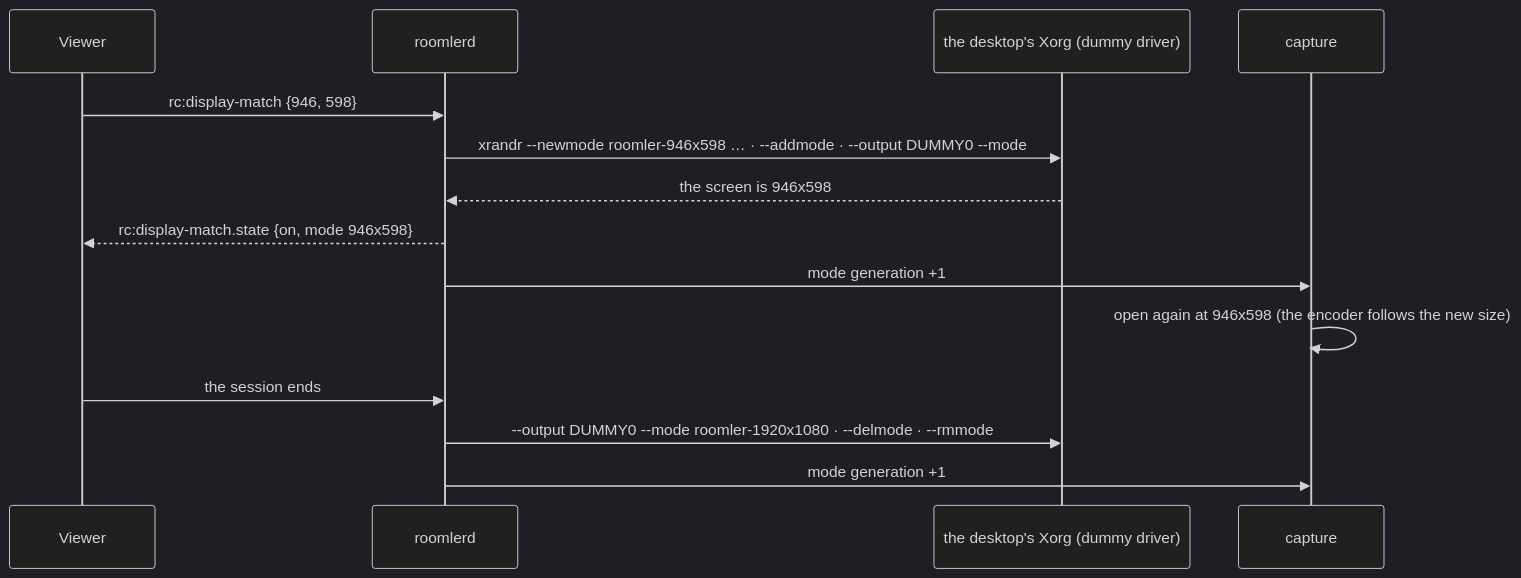
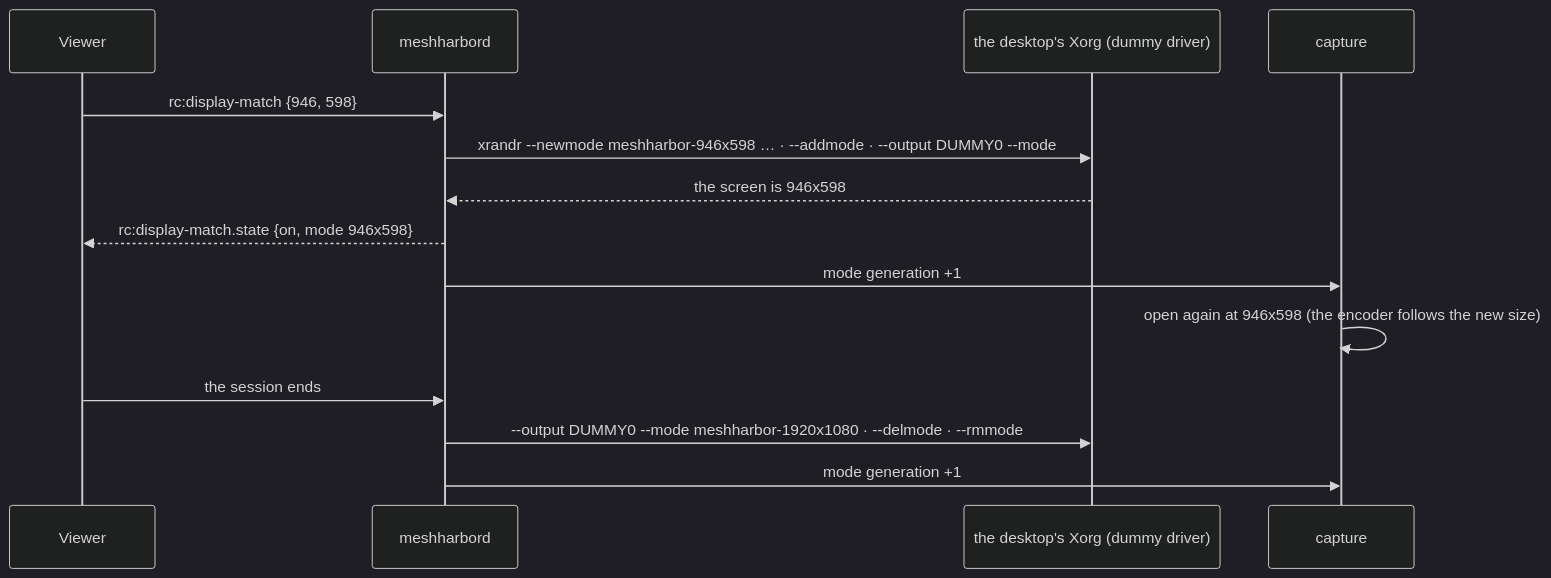
Before and after one commit to jk-zhang-meta/MeshHarbor: the second of 3 diagrams in docs/display-match.md, drawn with Mermaid (dark theme). The commit also changed other lines of this file and 682 other files, not shown here.

````diff
--- a/docs/display-match.md
+++ b/docs/display-match.md
@@ -184,16 +184,16 @@
 ```mermaid
 sequenceDiagram
     participant V as Viewer
-    participant A as roomlerd
+    participant A as meshharbord
     participant X as the desktop's Xorg (dummy driver)
     participant C as capture
     V->>A: rc:display-match {946, 598}
-    A->>X: xrandr --newmode roomler-946x598 … · --addmode · --output DUMMY0 --mode
+    A->>X: xrandr --newmode meshharbor-946x598 … · --addmode · --output DUMMY0 --mode
     X-->>A: the screen is 946x598
     A-->>V: rc:display-match.state {on, mode 946x598}
     A->>C: mode generation +1
     C->>C: open again at 946x598 (the encoder follows the new size)
     V->>A: the session ends
-    A->>X: --output DUMMY0 --mode roomler-1920x1080 · --delmode · --rmmode
+    A->>X: --output DUMMY0 --mode meshharbor-1920x1080 · --delmode · --rmmode
     A->>C: mode generation +1
 ```
````
